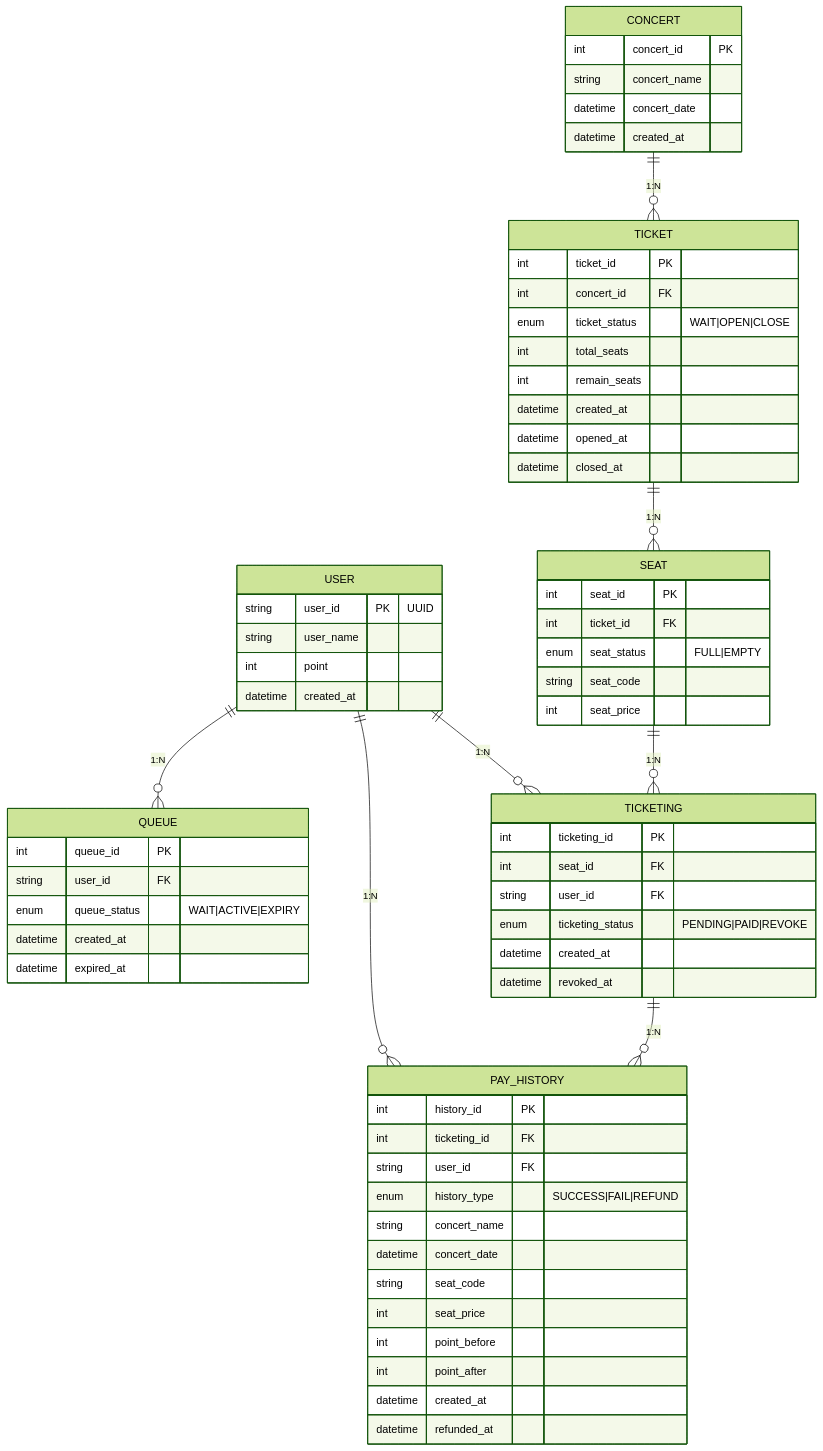
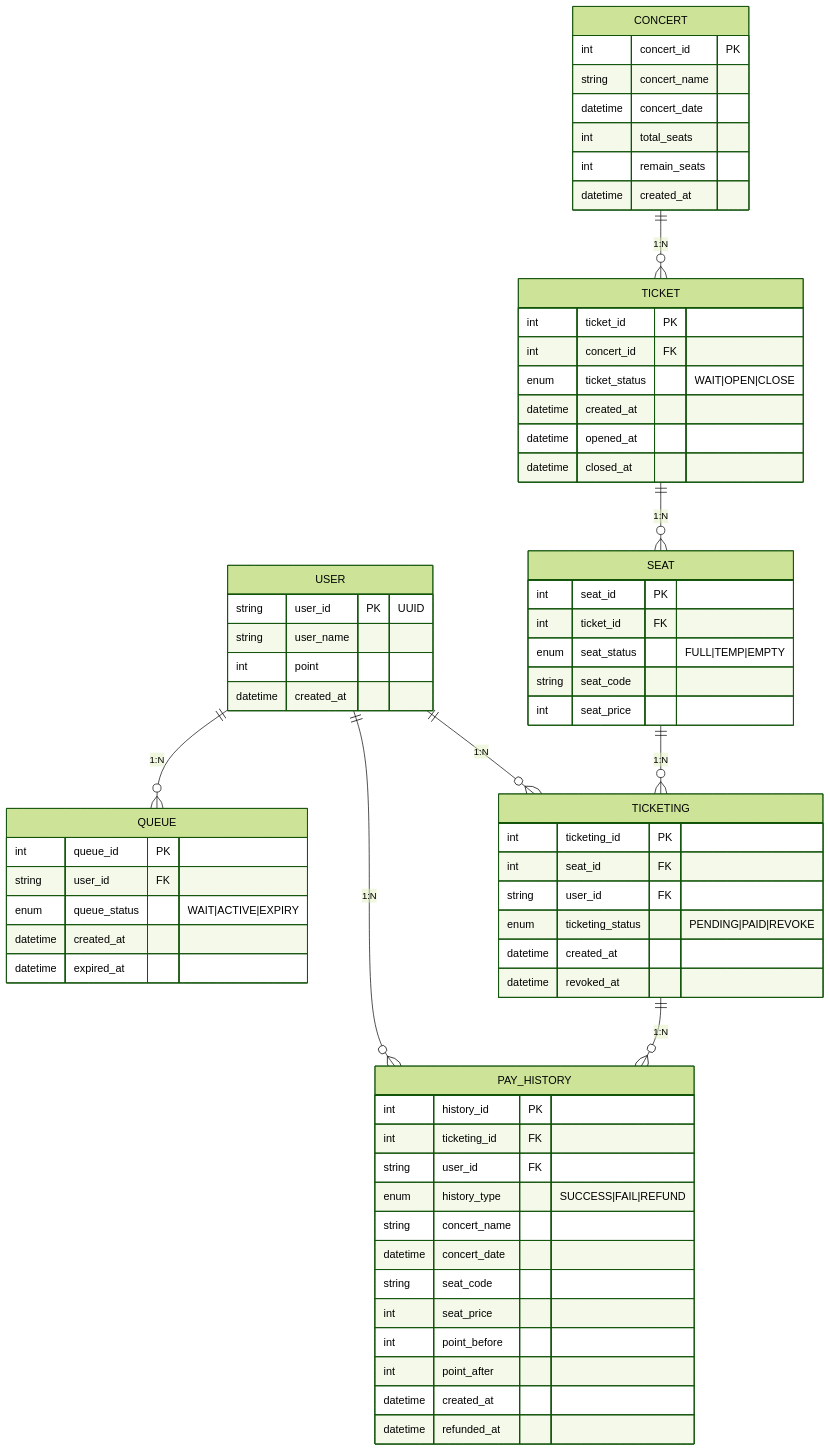
One commit to LilMGenius/hhplus-server-nest changed the diagram in docs/diagrams/ER.md. Above: the diagram before and after it, drawn with Mermaid. The commit also changed 2 other files, not shown here.

Commit message:
docs: erd-v2.1 by mermaid

```diff
--- a/docs/diagrams/ER.md
+++ b/docs/diagrams/ER.md
@@ -27,14 +27,14 @@
         int concert_id PK
         string concert_name
         datetime concert_date
+        int total_seats
+        int remain_seats
         datetime created_at
     }
     TICKET {
         int ticket_id PK
         int concert_id FK
         enum ticket_status "WAIT|OPEN|CLOSE"
-        int total_seats
-        int remain_seats
         datetime created_at
         datetime opened_at
         datetime closed_at
@@ -42,7 +42,7 @@
     SEAT {
         int seat_id PK
         int ticket_id FK
-        enum seat_status "FULL|EMPTY"
+        enum seat_status "FULL|TEMP|EMPTY"
         string seat_code
         int seat_price
     }
```
